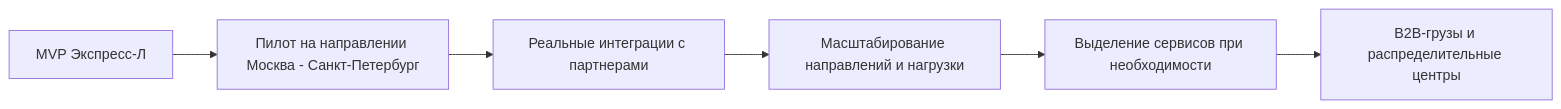
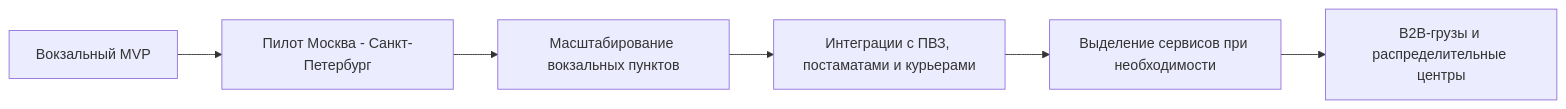
Before and after one commit to W1zzK1/Plan-dissertation: the diagram in 12-риски-и-развитие.md, drawn with Mermaid. The commit also changed other lines of this file and 19 other files, not shown here.

````diff
--- a/12-риски-и-развитие.md
+++ b/12-риски-и-развитие.md
@@ -34,8 +38,8 @@
 ```mermaid
 flowchart LR
-    MVP[MVP Экспресс-Л] --> Pilot[Пилот на направлении Москва - Санкт-Петербург]
-    Pilot --> Partners[Реальные интеграции с партнерами]
-    Partners --> Scale[Масштабирование направлений и нагрузки]
-    Scale --> Services[Выделение сервисов при необходимости]
+    MVP[Вокзальный MVP] --> Pilot[Пилот Москва - Санкт-Петербург]
+    Pilot --> StationScale[Масштабирование вокзальных пунктов]
+    StationScale --> Partners[Интеграции с ПВЗ, постаматами и курьерами]
+    Partners --> Services[Выделение сервисов при необходимости]
     Services --> B2B[B2B-грузы и распределительные центры]
 ```
````
